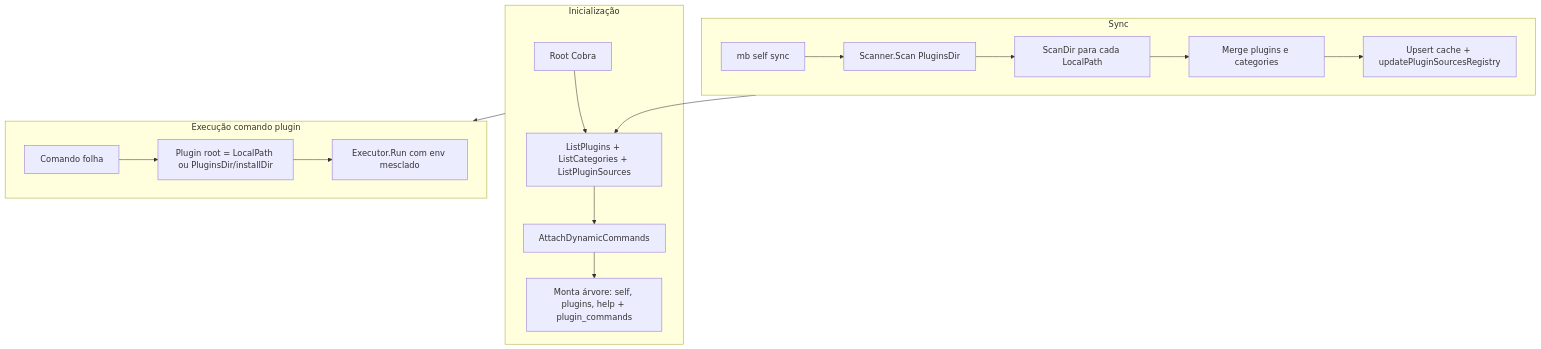
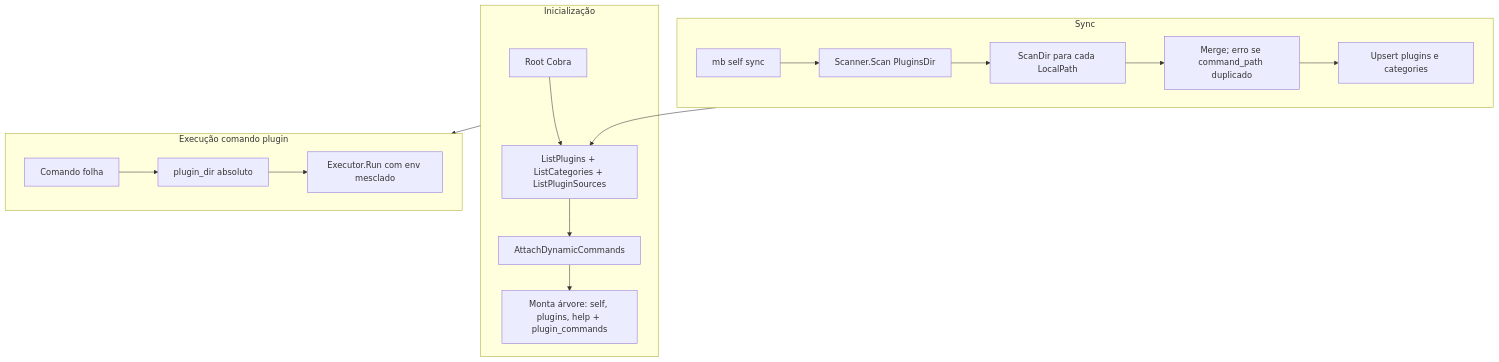
One commit to carlosdorneles-mb/mb-cli changed the diagram in docs/docs/architecture.md. Above: the diagram before and after it, drawn with Mermaid. The commit also changed other lines of this file and 15 other files, not shown here.

First line of the commit message:
refactor: enhance plugin command structure and synchronization logic

````diff
--- a/docs/docs/architecture.md
+++ b/docs/docs/architecture.md
@@ -42,20 +42,20 @@
 ```mermaid
 flowchart TB
   subgraph init [Inicialização]
     A[Root Cobra] --> B[ListPlugins + ListCategories + ListPluginSources]
     B --> C[AttachDynamicCommands]
     C --> D[Monta árvore: self, plugins, help + plugin_commands]
   end
   subgraph sync [Sync]
     E[mb self sync] --> F[Scanner.Scan PluginsDir]
     F --> G[ScanDir para cada LocalPath]
-    G --> H[Merge plugins e categories]
-    H --> I[Upsert cache + updatePluginSourcesRegistry]
+    G --> H[Merge; erro se command_path duplicado]
+    H --> I[Upsert plugins e categories]
   end
   subgraph run [Execução comando plugin]
-    J[Comando folha] --> K[Plugin root = LocalPath ou PluginsDir/installDir]
+    J[Comando folha] --> K[plugin_dir absoluto]
     K --> L[Executor.Run com env mesclado]
   end
   init --> run
   sync --> B
 ```
````
